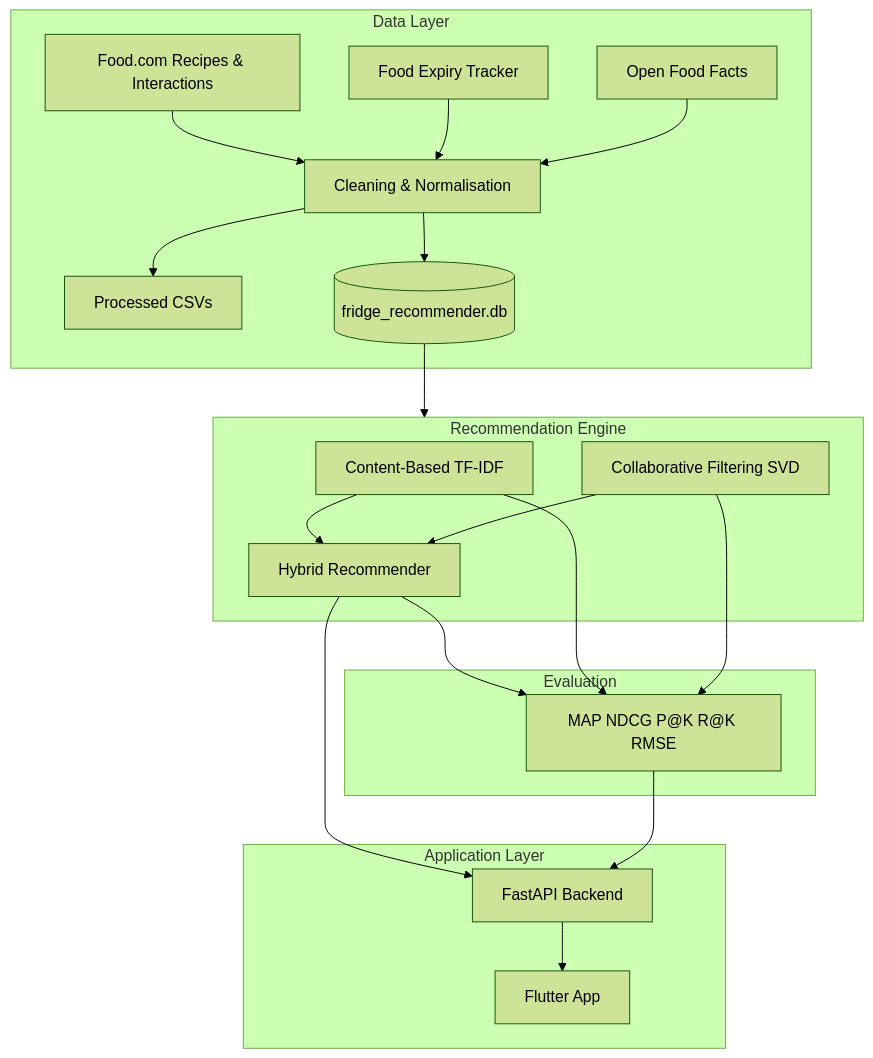
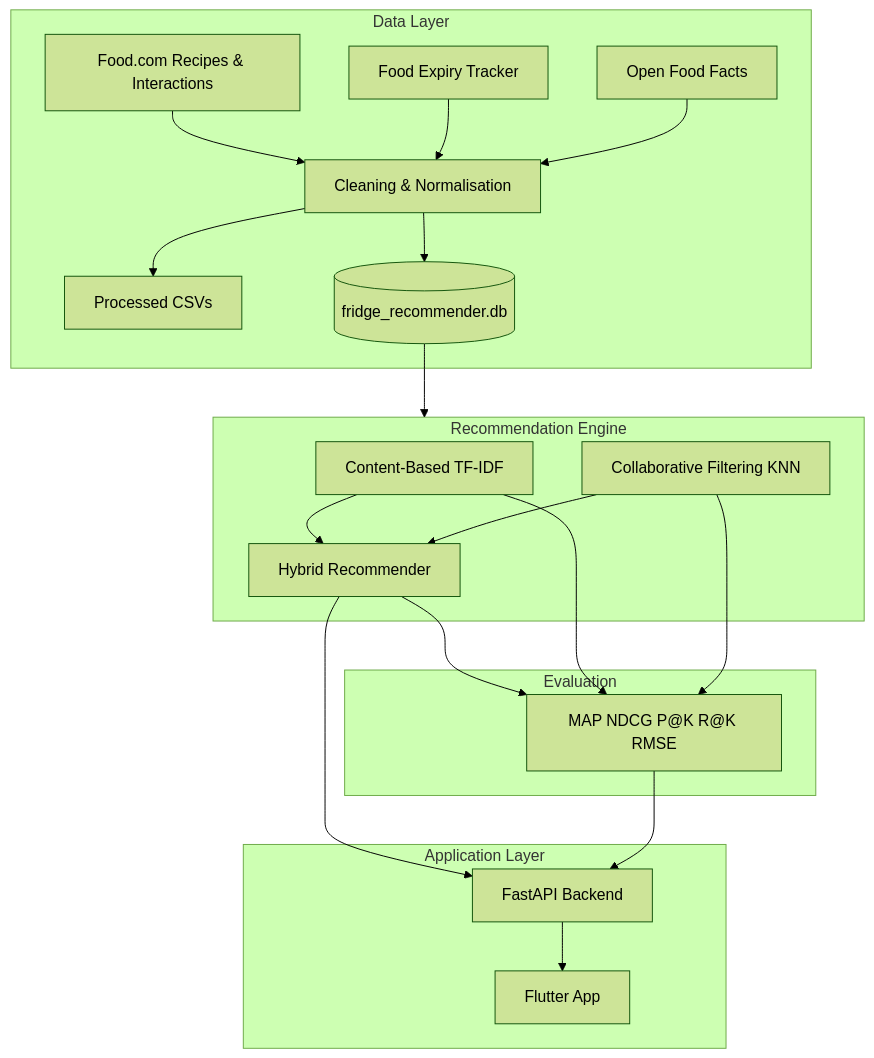
One commit to nadeeshaJ/FridgeWise-AI changed the diagram in README.md. Above: the diagram before and after it, drawn with Mermaid (forest theme). The commit also changed other lines of this file, not shown here.

````diff
--- a/README.md
+++ b/README.md
@@ -23,36 +25,36 @@
 ```mermaid
 flowchart TB
     subgraph Data["Data Layer"]
         FC[Food.com Recipes & Interactions]
         EX[Food Expiry Tracker]
         OFF[Open Food Facts]
         FC --> Clean[Cleaning & Normalisation]
         EX --> Clean
         OFF --> Clean
         Clean --> CSV[Processed CSVs]
         Clean --> DB[(fridge_recommender.db)]
     end
 
     subgraph Models["Recommendation Engine"]
         CB[Content-Based TF-IDF]
-        CF[Collaborative Filtering SVD]
+        CF[Collaborative Filtering KNN]
         HY[Hybrid Recommender]
         CB --> HY
         CF --> HY
     end
 
     subgraph Eval["Evaluation"]
         HY --> Metrics[MAP NDCG P@K R@K RMSE]
         CB --> Metrics
         CF --> Metrics
     end
 
     subgraph App["Application Layer"]
         API[FastAPI Backend]
         FL[Flutter App]
         HY --> API --> FL
     end
 
     DB --> Models
     Metrics --> API
 ```
````
